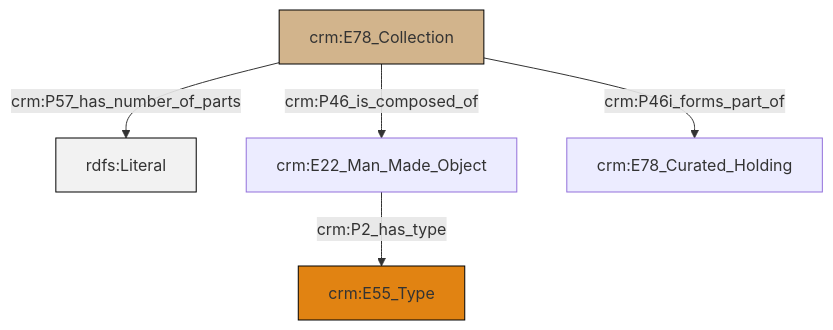
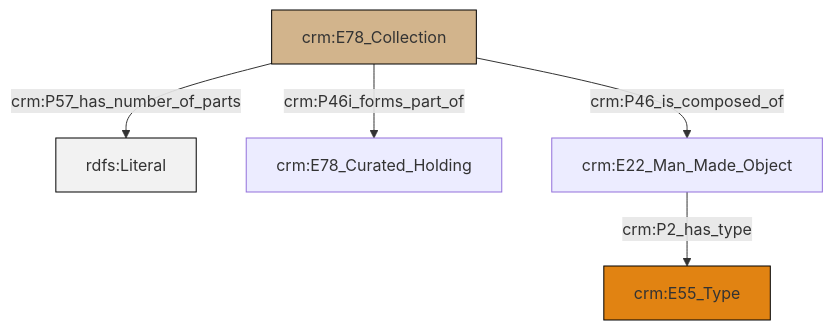
Before and after one commit to swiss-art-research-net/docs.swissartresearch: the diagram in et/archivalCSV/ttl/mmd/archival_parthood.ttl.mmd, drawn with Mermaid. The commit also changed 202 other files, not shown here.

```diff
--- a/et/archivalCSV/ttl/mmd/archival_parthood.ttl.mmd
+++ b/et/archivalCSV/ttl/mmd/archival_parthood.ttl.mmd
@@ -1,19 +1,19 @@
 graph TD
 classDef Literal fill:#f2f2f2,stroke:#000000;
 classDef CRM_Entity fill:#FFFFFF,stroke:#000000;
 classDef Temporal_Entity fill:#00C9E6, stroke:#000000;
 classDef Type fill:#E18312, stroke:#000000;
 classDef Time-Span fill:#2C9C91, stroke:#000000;
 classDef Appellation fill:#FFEB7F, stroke:#000000;
 classDef Place fill:#008836, stroke:#000000;
 classDef Persistent_Item fill:#B266B2, stroke:#000000;
 classDef Conceptual_Object fill:#FFD700, stroke:#000000;
 classDef Physical_Thing fill:#D2B48C, stroke:#000000;
 classDef Actor fill:#f58aad, stroke:#000000;
 classDef PC_Classes fill:#4ce600, stroke:#000000;
 classDef Multi fill:#cccccc,stroke:#000000;
 
 0["crm:E78_Collection"]:::Physical_Thing -->|crm:P57_has_number_of_parts| 2[rdfs:Literal]:::Literal
-0["crm:E78_Collection"]:::Physical_Thing -->|crm:P46_is_composed_of| 3["crm:E22_Man_Made_Object"]:::Default
-3["crm:E22_Man_Made_Object"]:::Default -->|crm:P2_has_type| 4["crm:E55_Type"]:::Type
-0["crm:E78_Collection"]:::Physical_Thing -->|crm:P46i_forms_part_of| 7["crm:E78_Curated_Holding"]:::Default
+0["crm:E78_Collection"]:::Physical_Thing -->|crm:P46i_forms_part_of| 3["crm:E78_Curated_Holding"]:::Default
+4["crm:E22_Man_Made_Object"]:::Default -->|crm:P2_has_type| 5["crm:E55_Type"]:::Type
+0["crm:E78_Collection"]:::Physical_Thing -->|crm:P46_is_composed_of| 4["crm:E22_Man_Made_Object"]:::Default
```
